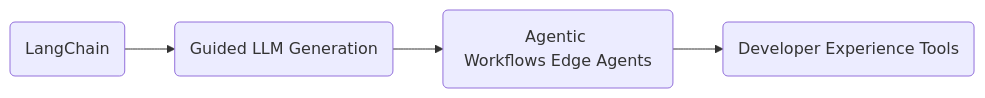
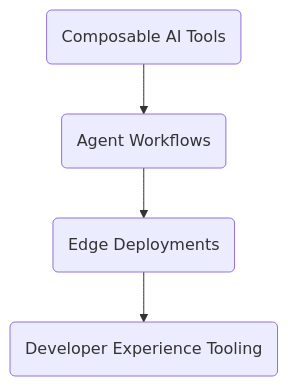
The diagram in README.md (vibbs/vibbs), drawn with Mermaid before and after one commit. The commit also changed other lines of this file, not shown here.

````diff
--- a/README.md
+++ b/README.md
@@ -26,6 +26,6 @@
 ```mermaid
-graph LR
-  A(LangChain) --> B(Guided&nbsp;LLM&nbsp;Generation)
-  B --> C(Agentic Workflows&nbsp;Edge&nbsp;Agents)
-  C --> D(Developer&nbsp;Experience&nbsp;Tools)
+graph TD
+  A(Composable AI Tools) --> B(Agent Workflows)
+  B --> C(Edge Deployments)
+  C --> D(Developer&nbsp;Experience&nbsp;Tooling)
 ```
````
